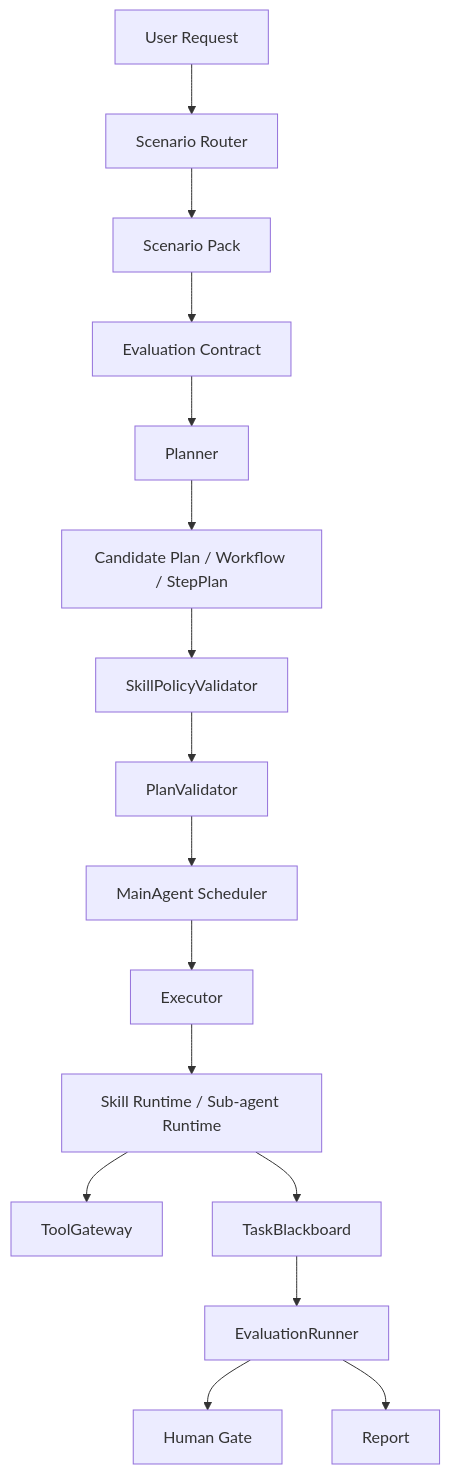
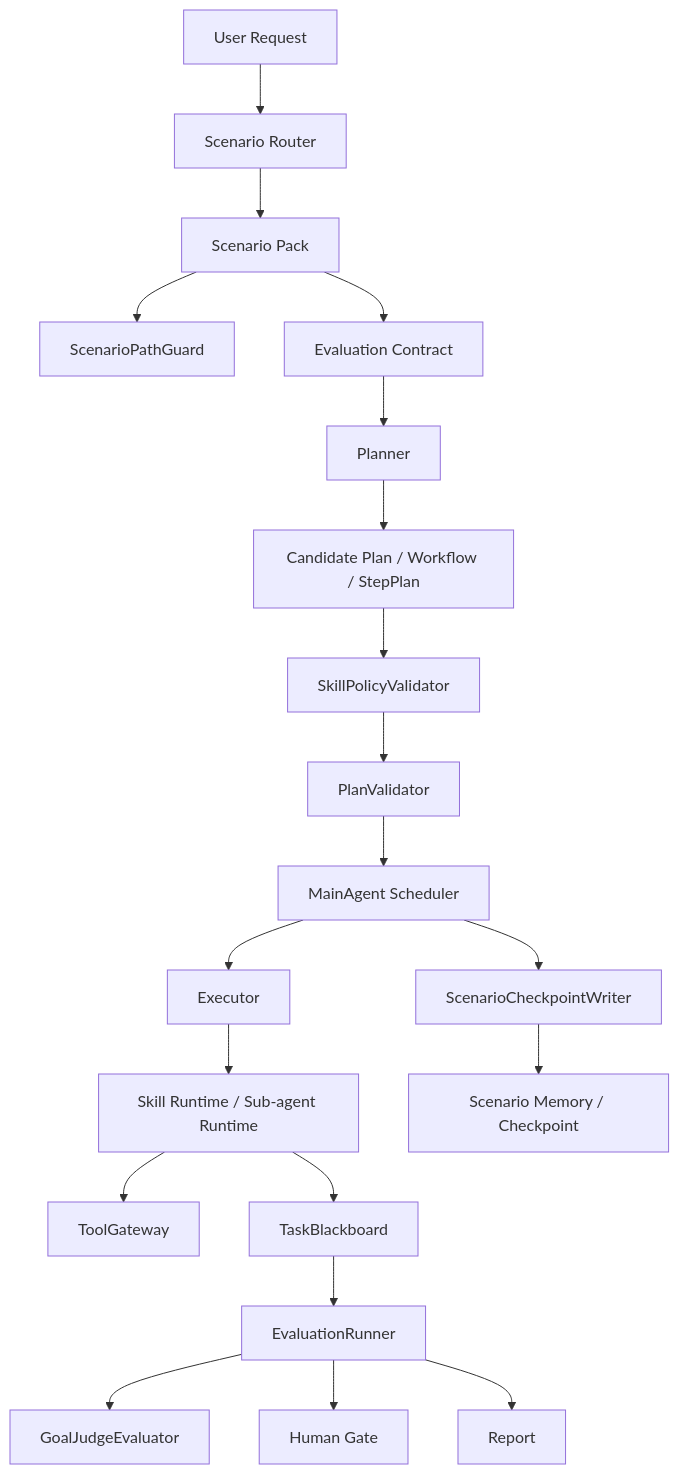
The diagram in docs/superpowers/specs/2026-06-11-skill-governed-runtime-design.md (zhoulingquan/agentx), drawn with Mermaid before and after one commit. The commit also changed other lines of this file and 1 other file, not shown here.

````diff
--- a/docs/superpowers/specs/2026-06-11-skill-governed-runtime-design.md
+++ b/docs/superpowers/specs/2026-06-11-skill-governed-runtime-design.md
@@ -50,18 +50,22 @@
 ```mermaid
 flowchart TD
     U["User Request"] --> R["Scenario Router"]
     R --> SP["Scenario Pack"]
+    SP --> PG["ScenarioPathGuard"]
     SP --> EC["Evaluation Contract"]
     EC --> P["Planner"]
     P --> CP["Candidate Plan / Workflow / StepPlan"]
     CP --> SV["SkillPolicyValidator"]
     SV --> PV["PlanValidator"]
     PV --> SCH["MainAgent Scheduler"]
     SCH --> EX["Executor"]
     EX --> SK["Skill Runtime / Sub-agent Runtime"]
+    SCH --> CW["ScenarioCheckpointWriter"]
+    CW --> SM["Scenario Memory / Checkpoint"]
     SK --> TG["ToolGateway"]
     SK --> BB["TaskBlackboard"]
     BB --> EV["EvaluationRunner"]
+    EV --> GJ["GoalJudgeEvaluator"]
     EV --> HG["Human Gate"]
     EV --> RP["Report"]
 ```
````
